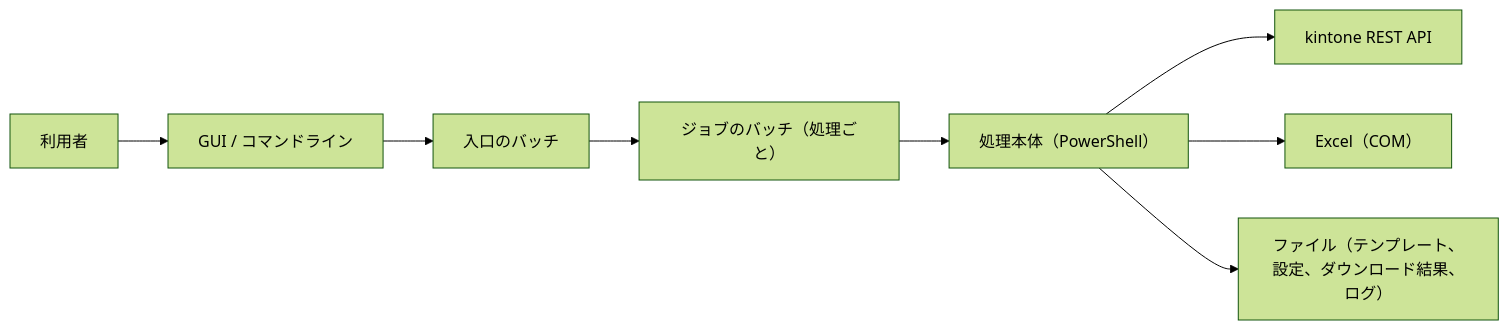
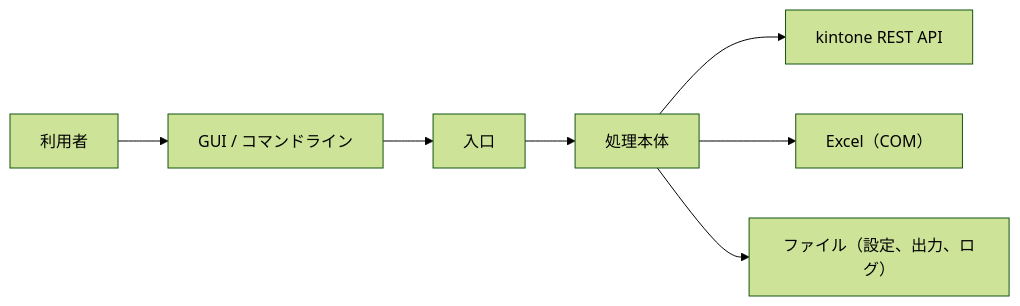
Before and after one commit to nishida2073/project_management: the diagram in tool/kintone-resourse-generator/doc/02_設計/アーキテクチャ設計.md, drawn with Mermaid (forest theme). The commit also changed other lines of this file and 4 other files, not shown here.

````diff
--- a/tool/kintone-resourse-generator/doc/02_設計/アーキテクチャ設計.md
+++ b/tool/kintone-resourse-generator/doc/02_設計/アーキテクチャ設計.md
@@ -46,10 +16,9 @@
 ```mermaid
 flowchart LR
     U["利用者"] --> GUI["GUI / コマンドライン"]
-    GUI --> ENTRY["入口のバッチ"]
-    ENTRY --> JOB["ジョブのバッチ（処理ごと）"]
-    JOB --> PS["処理本体（PowerShell）"]
+    GUI --> ENTRY["入口"]
+    ENTRY --> PS["処理本体"]
     PS --> K["kintone REST API"]
     PS --> XL["Excel（COM）"]
-    PS --> FS["ファイル（テンプレート、設定、ダウンロード結果、ログ）"]
+    PS --> FS["ファイル（設定、出力、ログ）"]
 ```
````
